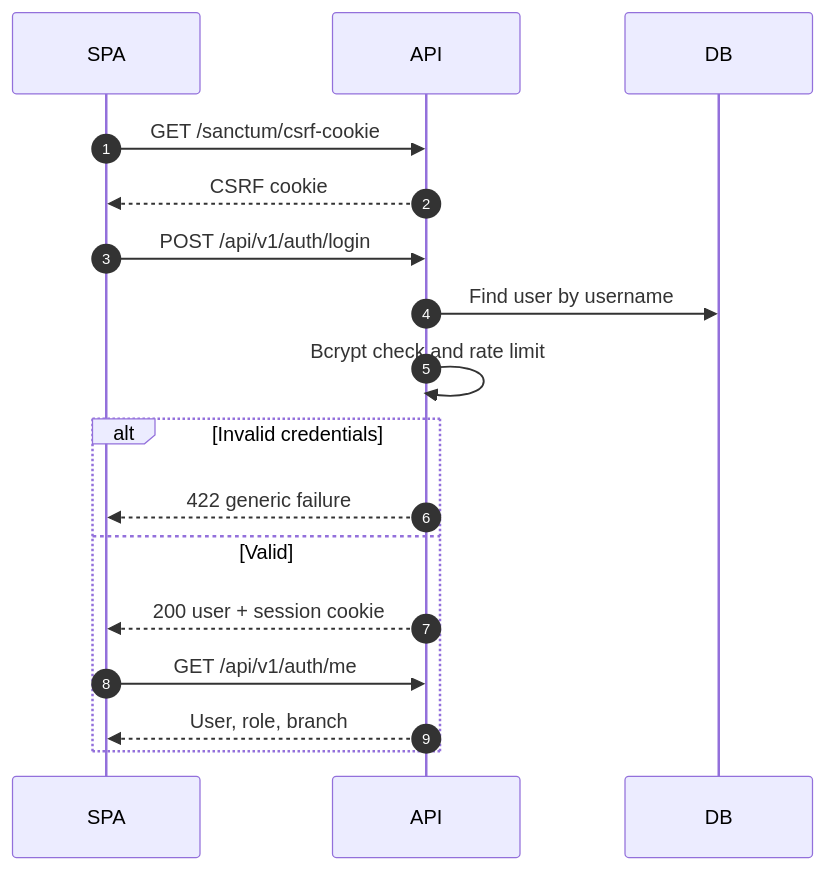
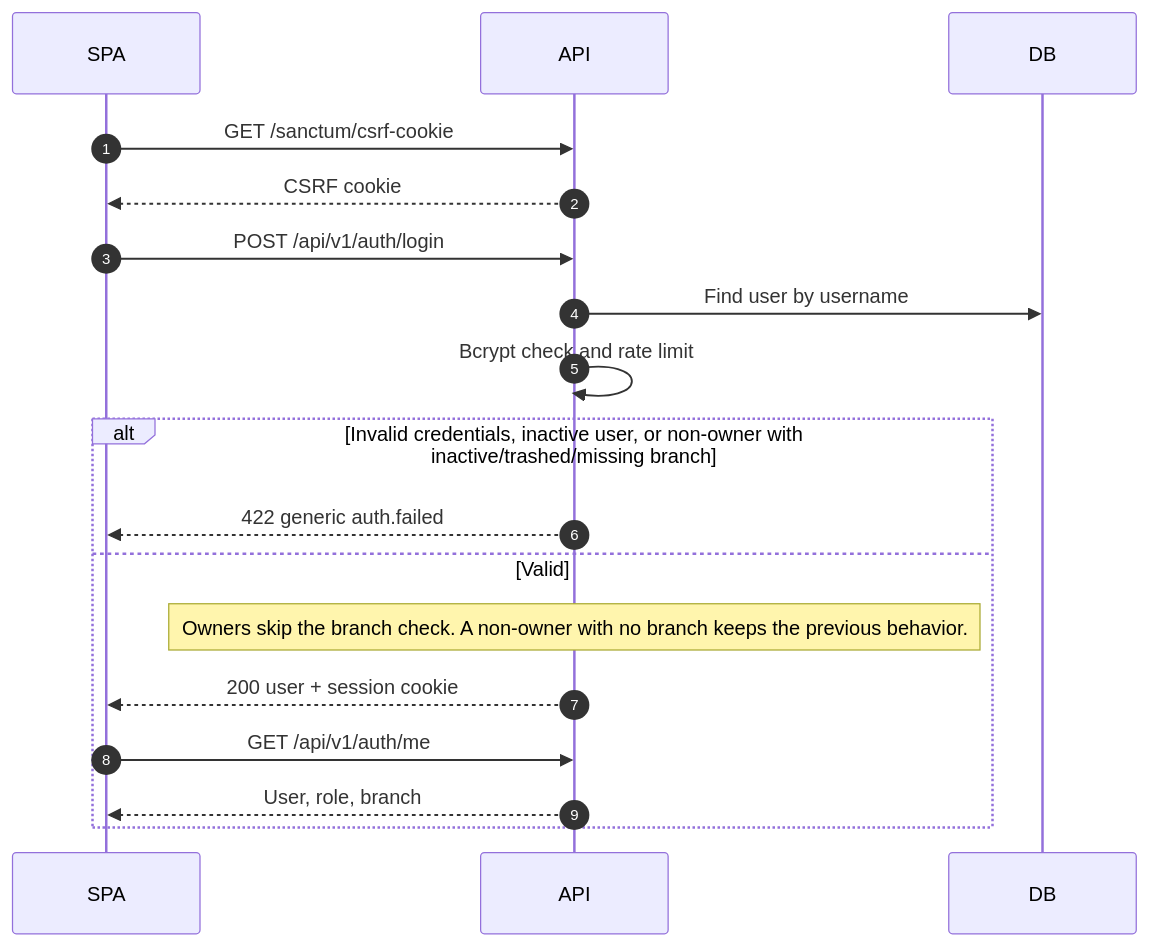
One commit to Arukast/pos_alja changed the first of 28 diagrams in docs/architecture/sequence-diagrams.md. Above: the diagram before and after it, drawn with Mermaid. The commit also changed other lines of this file and 8 other files, not shown here.

````diff
--- a/docs/architecture/sequence-diagrams.md
+++ b/docs/architecture/sequence-diagrams.md
@@ -9,20 +9,21 @@
 ```mermaid
 sequenceDiagram
     autonumber
     participant SPA
     participant API
     participant DB
 
     SPA->>API: GET /sanctum/csrf-cookie
     API-->>SPA: CSRF cookie
     SPA->>API: POST /api/v1/auth/login
     API->>DB: Find user by username
     API->>API: Bcrypt check and rate limit
-    alt Invalid credentials
-        API-->>SPA: 422 generic failure
+    alt Invalid credentials, inactive user, or non-owner with inactive/trashed/missing branch
+        API-->>SPA: 422 generic auth.failed
     else Valid
+        Note over API: Owners skip the branch check. A non-owner with no branch keeps the previous behavior.
         API-->>SPA: 200 user + session cookie
         SPA->>API: GET /api/v1/auth/me
         API-->>SPA: User, role, branch
     end
 ```
````
